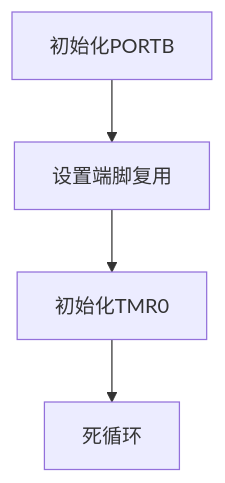
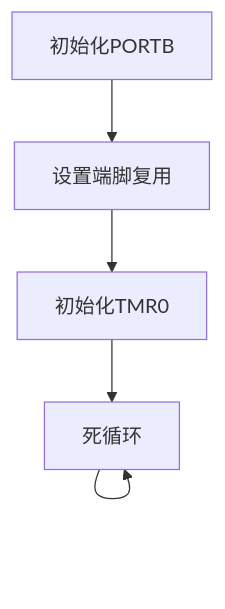
Before and after one commit to sanchuanhehe/f18854.X: the first of 2 diagrams in pre.md, drawn with Mermaid. The commit also changed other lines of this file and 4 other files, not shown here.

````diff
--- a/pre.md
+++ b/pre.md
@@ -49,6 +51,7 @@
 ```mermaid
 graph TB
     A[初始化PORTB] --> D[设置端脚复用]
     D --> E[初始化TMR0]
     E --> F[死循环]
+    F --> F
 ```
````
